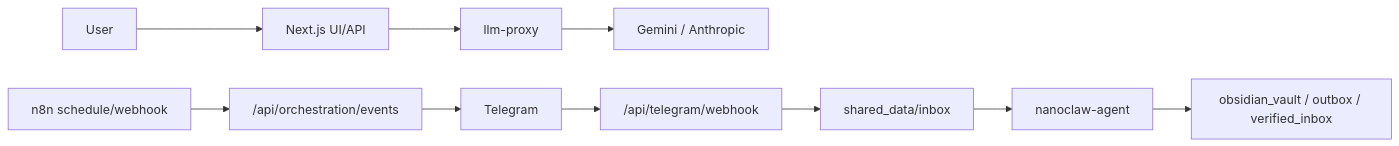
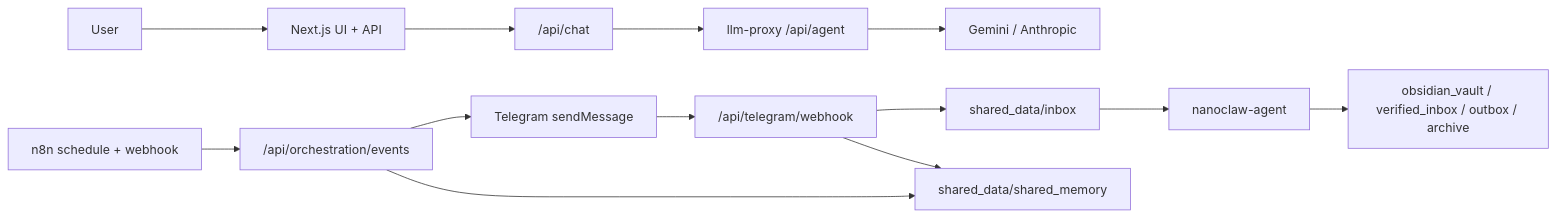
The diagram in README.md (Merchantlee99/Personal-AI-agent-v2), drawn with Mermaid before and after one commit. The commit also changed other lines of this file and 9 other files, not shown here.

````diff
--- a/README.md
+++ b/README.md
@@ -12,13 +12,16 @@
 ```mermaid
 flowchart LR
-  U["User"] --> FE["Next.js UI/API"]
-  FE --> PX["llm-proxy"]
+  U["User"] --> FE["Next.js UI + API"]
+  FE --> CHAT["/api/chat"]
+  CHAT --> PX["llm-proxy /api/agent"]
   PX --> LLM["Gemini / Anthropic"]
 
-  N8N["n8n schedule/webhook"] --> ORCH["/api/orchestration/events"]
-  ORCH --> TG["Telegram"]
+  N8N["n8n schedule + webhook"] --> ORCH["/api/orchestration/events"]
+  ORCH --> TG["Telegram sendMessage"]
   TG --> TGC["/api/telegram/webhook"]
   TGC --> INBOX["shared_data/inbox"]
   INBOX --> AG["nanoclaw-agent"]
-  AG --> ARTIFACTS["obsidian_vault / outbox / verified_inbox"]
+  AG --> ART["obsidian_vault / verified_inbox / outbox / archive"]
+  ORCH --> MEM["shared_data/shared_memory"]
+  TGC --> MEM
 ```
````
